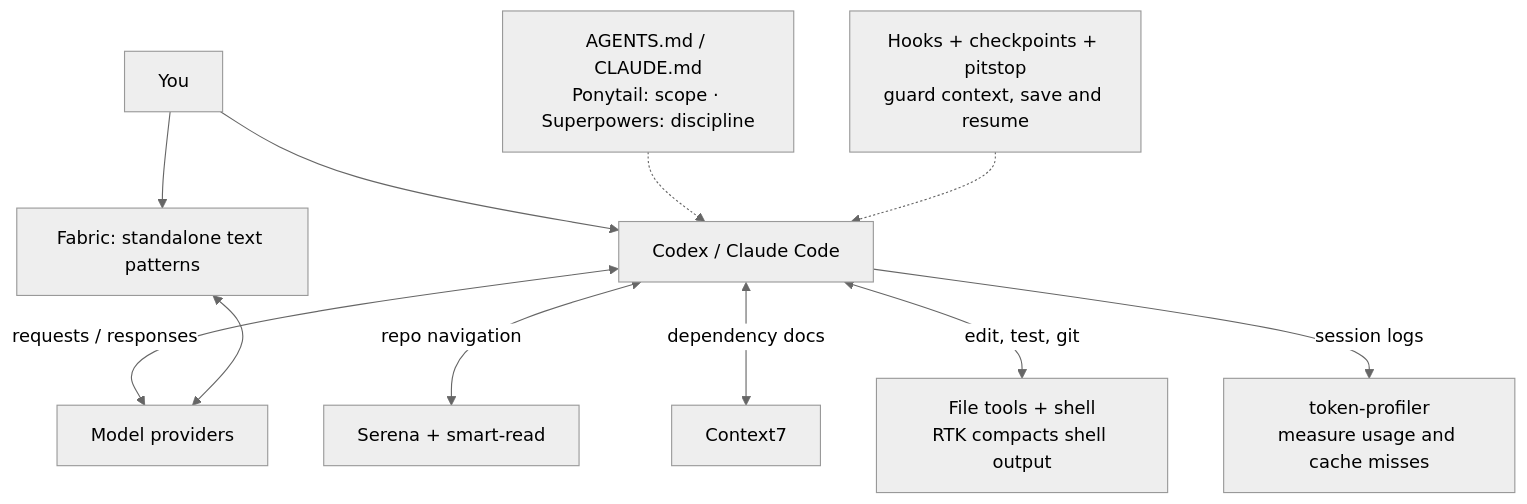
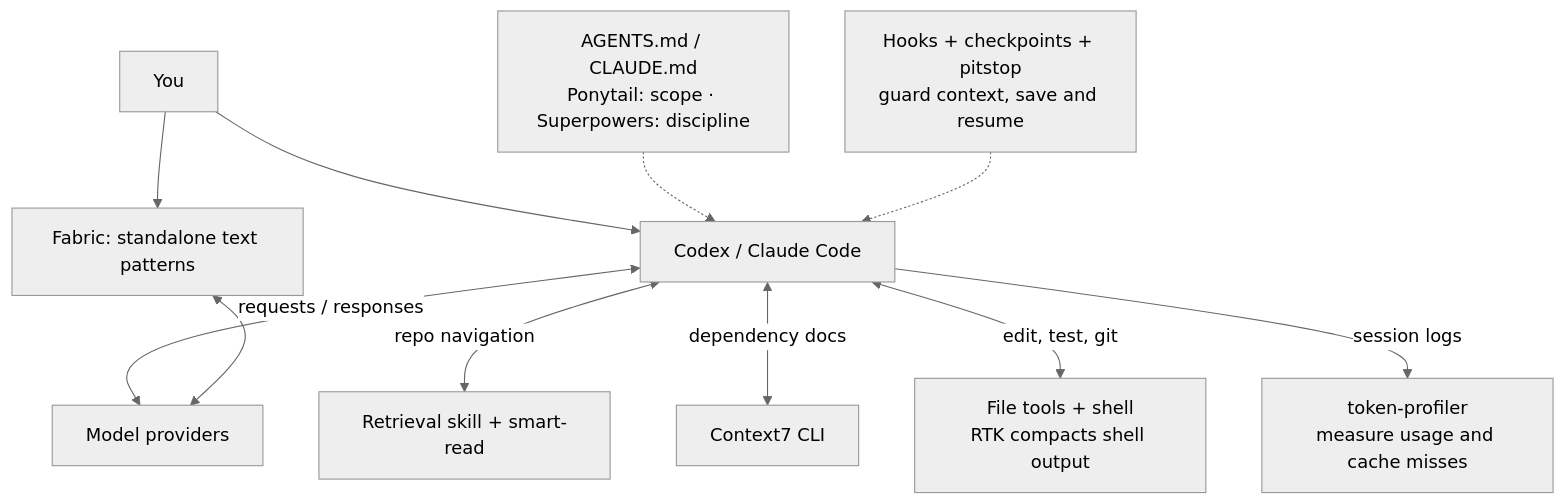
The diagram in llm/TOOLCHAIN.md (fefzoman/dotfiles), drawn with Mermaid (neutral theme) before and after one commit. The commit also changed other lines of this file and 14 other files, not shown here.

Commit message:
Replace retrieval MCP setup with Context7 CLI and dispatch skill

````diff
--- a/llm/TOOLCHAIN.md
+++ b/llm/TOOLCHAIN.md
@@ -25,16 +24,16 @@
 ```mermaid
 flowchart TB
     user["You"] --> agent["Codex / Claude Code"]
     agent <-->|"requests / responses"| models["Model providers"]
     policy["AGENTS.md / CLAUDE.md<br/>Ponytail: scope · Superpowers: discipline"] -.-> agent
 
-    agent <-->|"repo navigation"| code["Serena + smart-read"]
-    agent <-->|"dependency docs"| docs["Context7"]
+    agent <-->|"repo navigation"| code["Retrieval skill + smart-read"]
+    agent <-->|"dependency docs"| docs["Context7 CLI"]
     agent <-->|"edit, test, git"| shell["File tools + shell<br/>RTK compacts shell output"]
 
     session["Hooks + checkpoints + pitstop<br/>guard context, save and resume"] -.-> agent
     agent -->|"session logs"| profiler["token-profiler<br/>measure usage and cache misses"]
 
     user --> fabric["Fabric: standalone text patterns"]
     fabric <--> models
 ```
````
